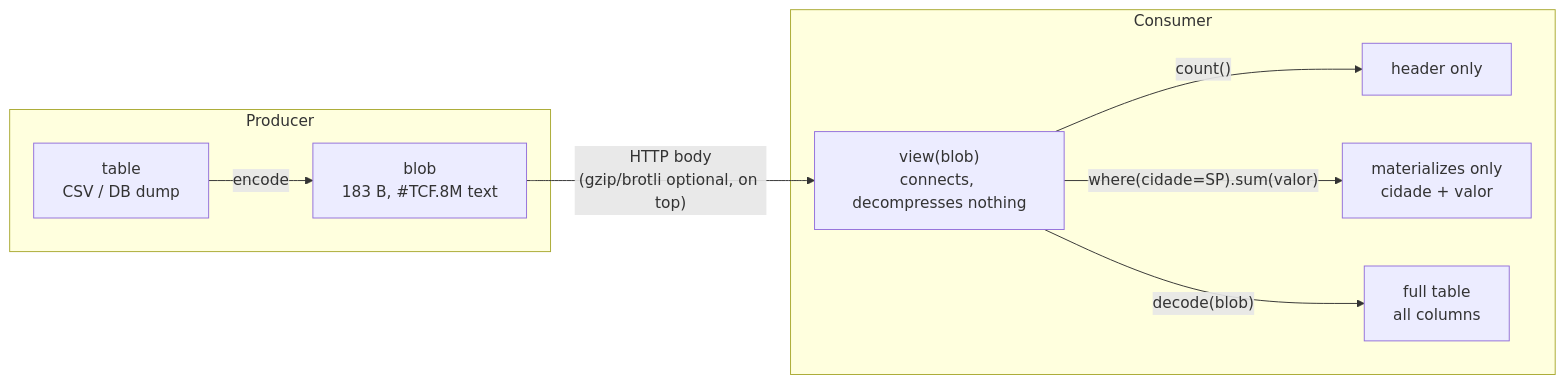
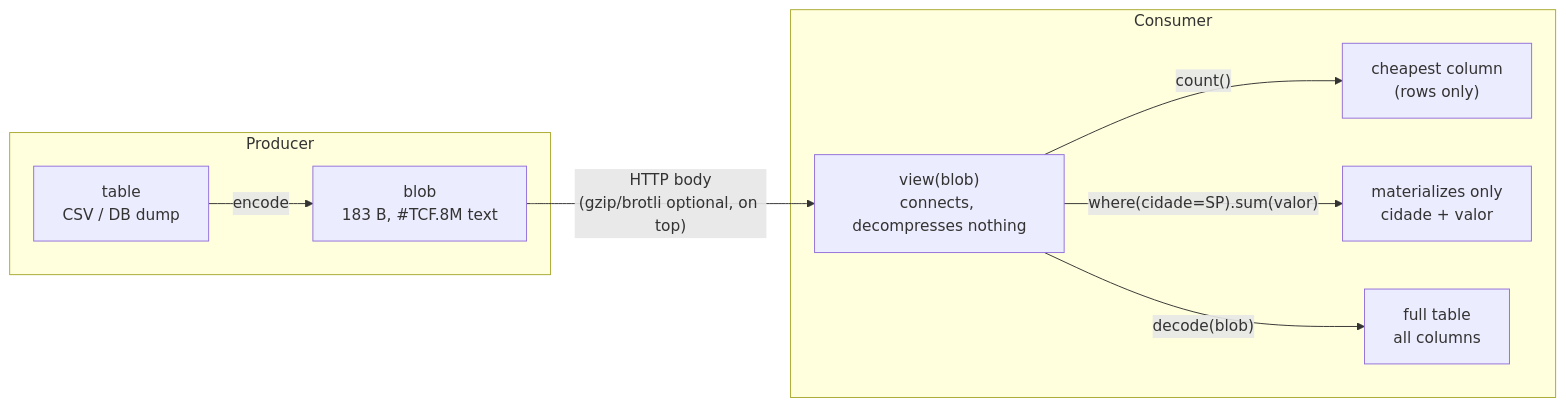
The diagram in README.md (LeoPR/TCF), drawn with Mermaid before and after one commit. The commit also changed other lines of this file and 8 other files, not shown here.

````diff
--- a/README.md
+++ b/README.md
@@ -450,12 +453,12 @@
 ```mermaid
 flowchart LR
     subgraph Producer
         A[table<br/>CSV / DB dump] -->|encode| B["blob<br/>183 B, #TCF.8M text"]
     end
     B -->|"HTTP body<br/>(gzip/brotli optional, on top)"| C
     subgraph Consumer
-        C["view(blob)<br/>connects, decompresses nothing"] -->|"count()"| D[header only]
+        C["view(blob)<br/>connects, decompresses nothing"] -->|"count()"| D["cheapest column<br/>(rows only)"]
         C -->|"where(cidade=SP).sum(valor)"| E["materializes only<br/>cidade + valor"]
         C -->|"decode(blob)"| F[full table<br/>all columns]
     end
 ```
````
